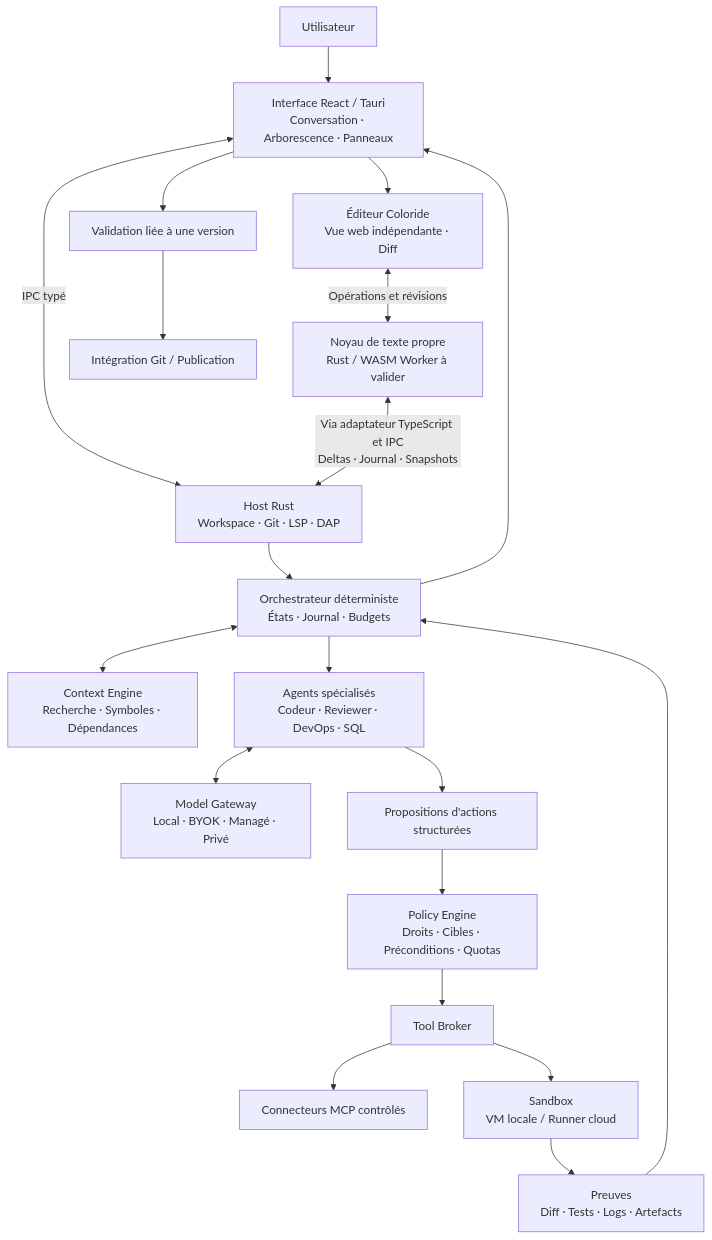
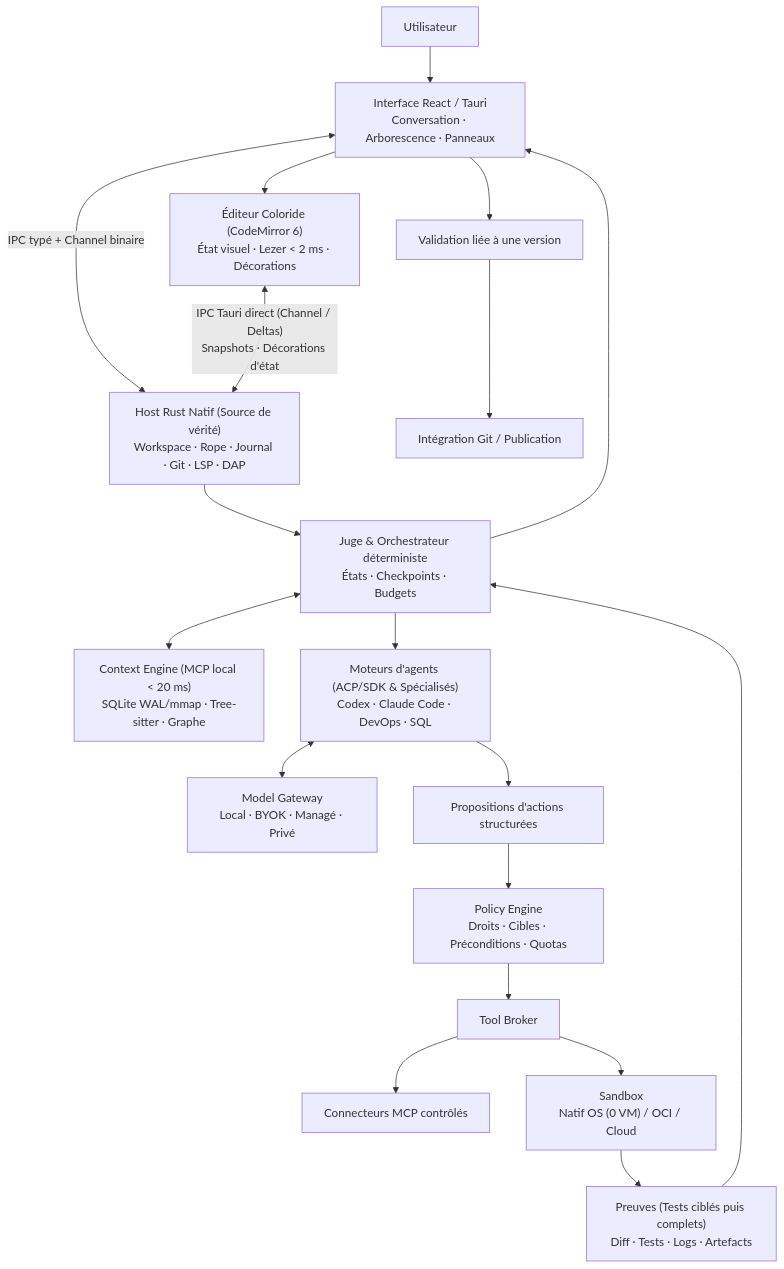
One commit to Color-IDE/Coloride changed the first of 2 diagrams in ARCHITECTURE_TECHNIQUE.md. Above: the diagram before and after it, drawn with Mermaid. The commit also changed other lines of this file, not shown here.

Commit message:
Implement code changes to enhance functionality and improve performance

````diff
--- a/ARCHITECTURE_TECHNIQUE.md
+++ b/ARCHITECTURE_TECHNIQUE.md
@@ -65,22 +75,21 @@
 ```mermaid
 flowchart TB
     U["Utilisateur"] --> UI["Interface React / Tauri<br/>Conversation · Arborescence · Panneaux"]
-    UI --> EV["Éditeur Coloride<br/>Vue web indépendante · Diff"]
-    EV <-->|"Opérations et révisions"| EC["Noyau de texte propre<br/>Rust / WASM Worker à valider"]
-    UI <-->|"IPC typé"| H["Host Rust<br/>Workspace · Git · LSP · DAP"]
-    EC <-->|"Via adaptateur TypeScript et IPC<br/>Deltas · Journal · Snapshots"| H
-    H --> O["Orchestrateur déterministe<br/>États · Journal · Budgets"]
-    O <--> C["Context Engine<br/>Recherche · Symboles · Dépendances"]
-    O --> A["Agents spécialisés<br/>Codeur · Reviewer · DevOps · SQL"]
+    UI --> EV["Éditeur Coloride (CodeMirror 6)<br/>État visuel · Lezer < 2 ms · Décorations"]
+    UI <-->|"IPC typé + Channel binaire"| H["Host Rust Natif (Source de vérité)<br/>Workspace · Rope · Journal · Git · LSP · DAP"]
+    EV <-->|"IPC Tauri direct (Channel / Deltas)<br/>Snapshots · Décorations d'état"| H
+    H --> O["Juge & Orchestrateur déterministe<br/>États · Checkpoints · Budgets"]
+    O <--> C["Context Engine (MCP local < 20 ms)<br/>SQLite WAL/mmap · Tree-sitter · Graphe"]
+    O --> A["Moteurs d'agents (ACP/SDK & Spécialisés)<br/>Codex · Claude Code · DevOps · SQL"]
     A <--> M["Model Gateway<br/>Local · BYOK · Managé · Privé"]
     A --> P["Propositions d'actions structurées"]
     P --> G["Policy Engine<br/>Droits · Cibles · Préconditions · Quotas"]
     G --> T["Tool Broker"]
     T --> MC["Connecteurs MCP contrôlés"]
-    T --> S["Sandbox<br/>VM locale / Runner cloud"]
-    S --> E["Preuves<br/>Diff · Tests · Logs · Artefacts"]
+    T --> S["Sandbox<br/>Natif OS (0 VM) / OCI / Cloud"]
+    S --> E["Preuves (Tests ciblés puis complets)<br/>Diff · Tests · Logs · Artefacts"]
     E --> O
     O --> UI
     UI --> V["Validation liée à une version"]
     V --> I["Intégration Git / Publication"]
 ```
````
